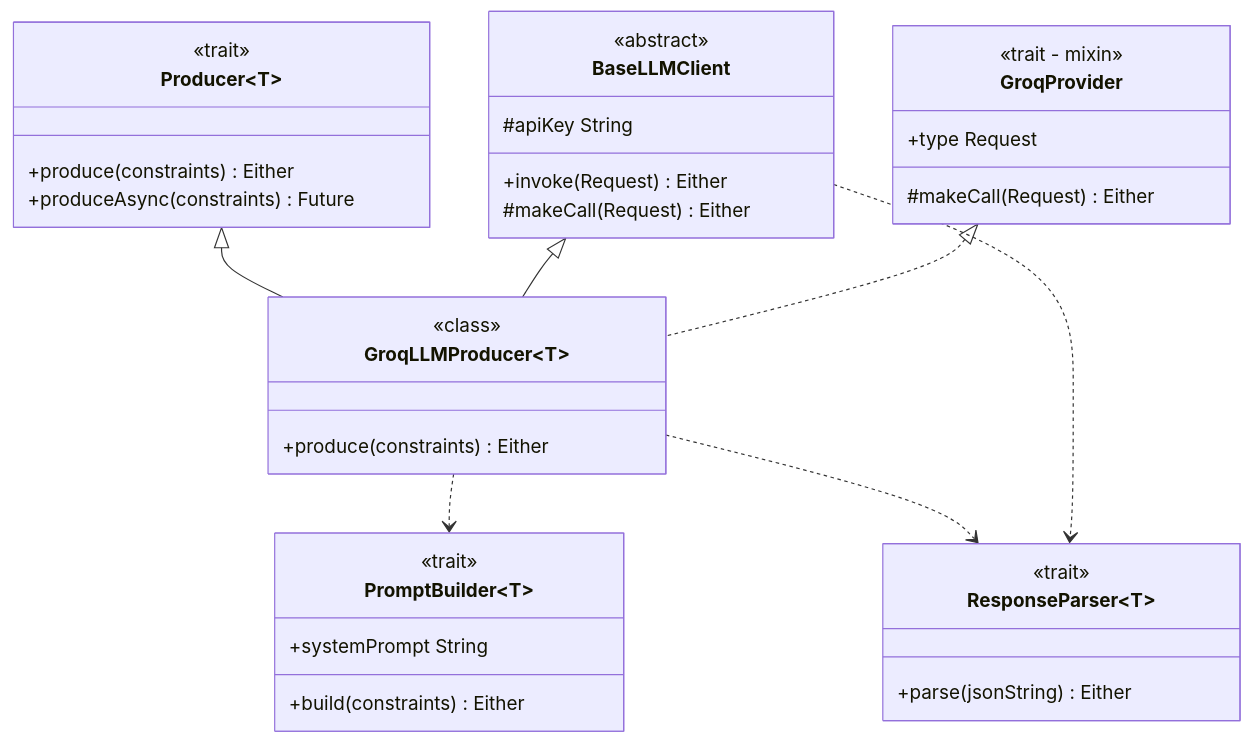
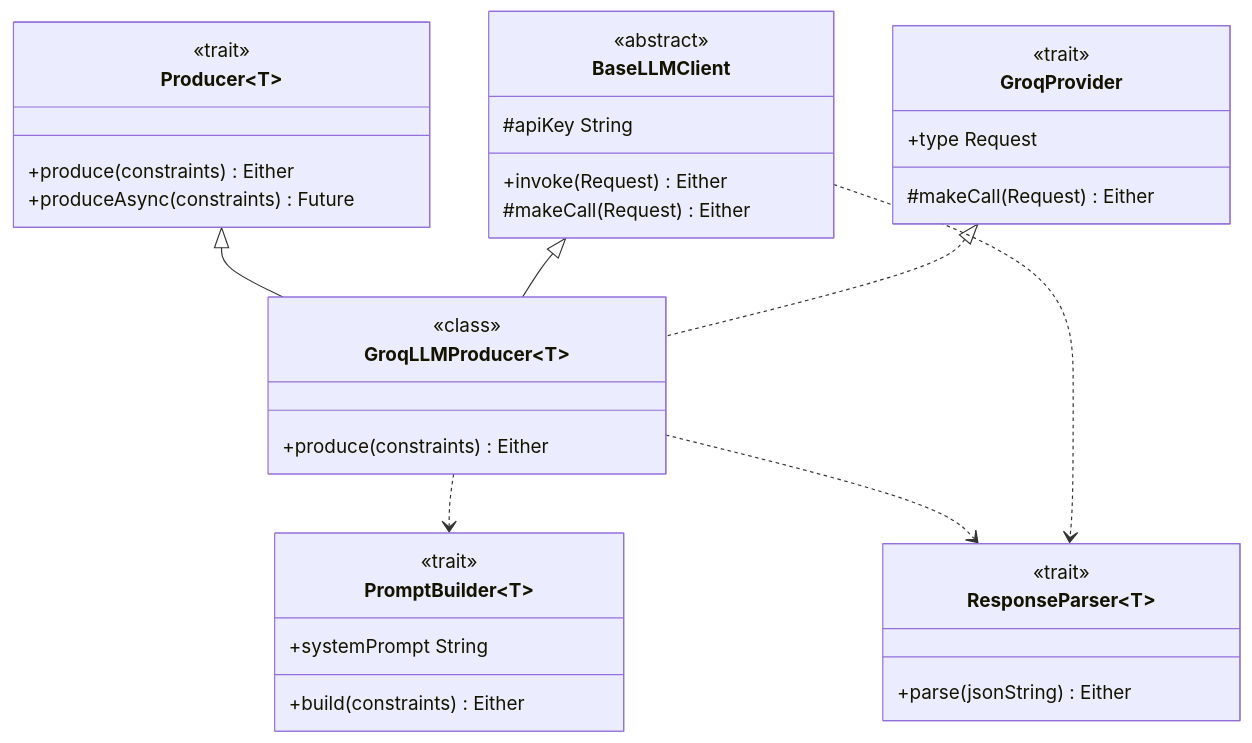
The fifth of 5 diagrams in docs/report/4-detailed-design.md (LucaSamore/Whodunnit), drawn with Mermaid before and after one commit. The commit also changed other lines of this file and 2 other files, not shown here.

````diff
--- a/docs/report/4-detailed-design.md
+++ b/docs/report/4-detailed-design.md
@@ -356,53 +351,53 @@
 ```mermaid
 classDiagram
     direction TB
     
     %% Top Level - Producer Interface
     class Producer~T~ {
         <<trait>>
         +produce(constraints) Either
         +produceAsync(constraints) Future
     }
     
     %% Second Level - Concrete Producer
     class GroqLLMProducer~T~ {
         <<class>>
         +produce(constraints) Either
     }
     
     %% Third Level - LLM Client Layer
     class BaseLLMClient {
         <<abstract>>
         #apiKey String
         +invoke(Request) Either
         #makeCall(Request) Either
     }
     
     class GroqProvider {
-        <<trait - mixin>>
+        <<trait>>
         +type Request
         #makeCall(Request) Either
     }
     
     %% Fourth Level - Supporting Components
     class PromptBuilder~T~ {
         <<trait>>
         +systemPrompt String
         +build(constraints) Either
     }
     
     class ResponseParser~T~ {
         <<trait>>
         +parse(jsonString) Either
     }
     
     %% Relationships - Inheritance & Mixins
     Producer~T~ <|-- GroqLLMProducer~T~
     BaseLLMClient <|-- GroqLLMProducer~T~
     GroqProvider <|.. GroqLLMProducer~T~
     
     %% Relationships - Dependencies
     GroqLLMProducer~T~ ..> PromptBuilder~T~
     GroqLLMProducer~T~ ..> ResponseParser~T~
     BaseLLMClient ..> ResponseParser~T~
 ```
````
